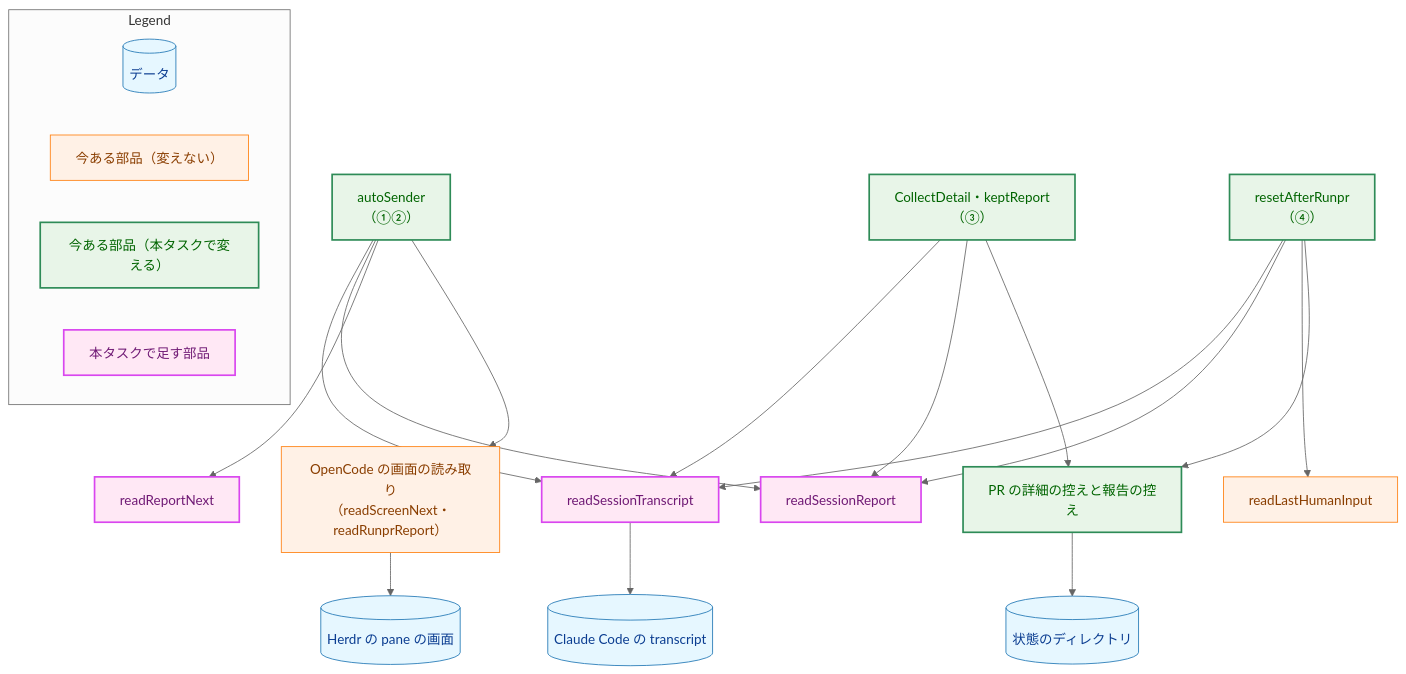
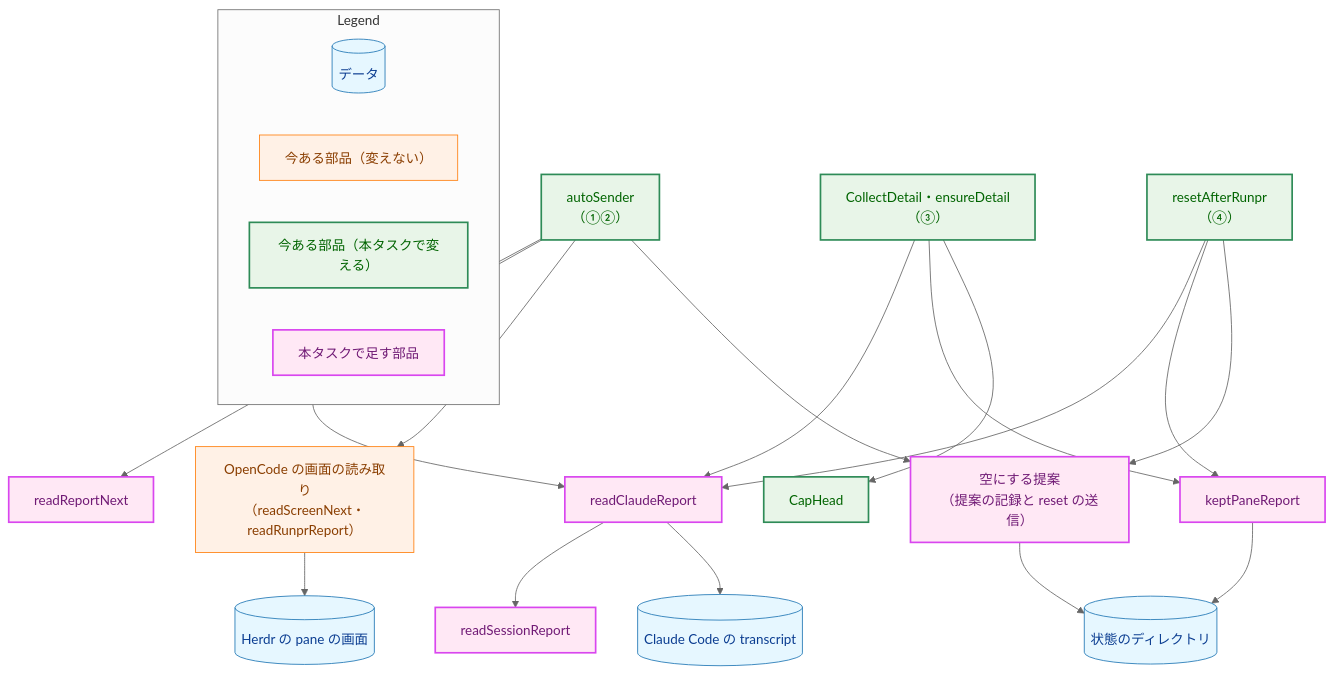
The second of 8 diagrams in docs/tasks/0095_chief_transcript_report/02_architecture.md (isseis/yt2column), drawn with Mermaid (neutral theme) before and after one commit. The commit also changed other lines of this file and 2 other files, not shown here.

First line of the commit message:
docs(0095): address the design review and add the reset offer (F-005)

````diff
--- a/docs/tasks/0095_chief_transcript_report/02_architecture.md
+++ b/docs/tasks/0095_chief_transcript_report/02_architecture.md
@@ -113,51 +141,53 @@
 ```mermaid
 flowchart TB
     classDef data fill:#e6f7ff,stroke:#1f77b4,stroke-width:1px,color:#0b3d91;
     classDef process fill:#fff1e6,stroke:#ff7f0e,stroke-width:1px,color:#8a3e00;
     classDef enhanced fill:#e8f5e8,stroke:#2e8b57,stroke-width:2px,color:#006400;
     classDef newpkg fill:#ffe8f5,stroke:#d946ef,stroke-width:2px,color:#701a75;
 
     AUTO["autoSender<br>（①②）"]
-    DETAIL["CollectDetail・keptReport<br>（③）"]
+    DETAIL["CollectDetail・ensureDetail<br>（③）"]
     RESET["resetAfterRunpr<br>（④）"]
-    SESSION["readSessionTranscript"]
+    ENTRY["readClaudeReport"]
     PARSE["readSessionReport"]
     RNEXT["readReportNext"]
-    HUMAN["readLastHumanInput"]
+    KEPT["keptPaneReport"]
+    CAP["CapHead"]
+    OFFER["空にする提案<br>（提案の記録と reset の送信）"]
     SCREEN["OpenCode の画面の読み取り<br>（readScreenNext・readRunprReport）"]
-    STORE["PR の詳細の控えと報告の控え"]
     FILE[("Claude Code の transcript")]
     HERDR[("Herdr の pane の画面")]
     RECS[("状態のディレクトリ")]
 
-    AUTO --> SESSION
-    AUTO --> PARSE
+    AUTO --> ENTRY
     AUTO --> RNEXT
     AUTO --> SCREEN
-    DETAIL --> SESSION
-    DETAIL --> PARSE
-    DETAIL --> STORE
-    RESET --> SESSION
-    RESET --> PARSE
-    RESET --> HUMAN
-    RESET --> STORE
-    SESSION --> FILE
+    DETAIL --> ENTRY
+    DETAIL --> KEPT
+    DETAIL --> CAP
+    RESET --> ENTRY
+    RESET --> KEPT
+    ENTRY --> PARSE
+    ENTRY --> FILE
     SCREEN --> HERDR
-    STORE --> RECS
+    KEPT --> RECS
+    AUTO --> OFFER
+    RESET --> OFFER
+    OFFER --> RECS
 
     class FILE,HERDR,RECS data
-    class SCREEN,HUMAN process
-    class AUTO,DETAIL,RESET,STORE enhanced
-    class SESSION,PARSE,RNEXT newpkg
+    class SCREEN process
+    class AUTO,DETAIL,RESET,CAP enhanced
+    class ENTRY,PARSE,RNEXT,KEPT,OFFER newpkg
 
     subgraph Legend["Legend"]
         L1[("データ")]
         L2["今ある部品（変えない）"]
         L3["今ある部品（本タスクで変える）"]
         L4["本タスクで足す部品"]
     end
     class L1 data
     class L2 process
     class L3 enhanced
     class L4 newpkg
 ```
````
